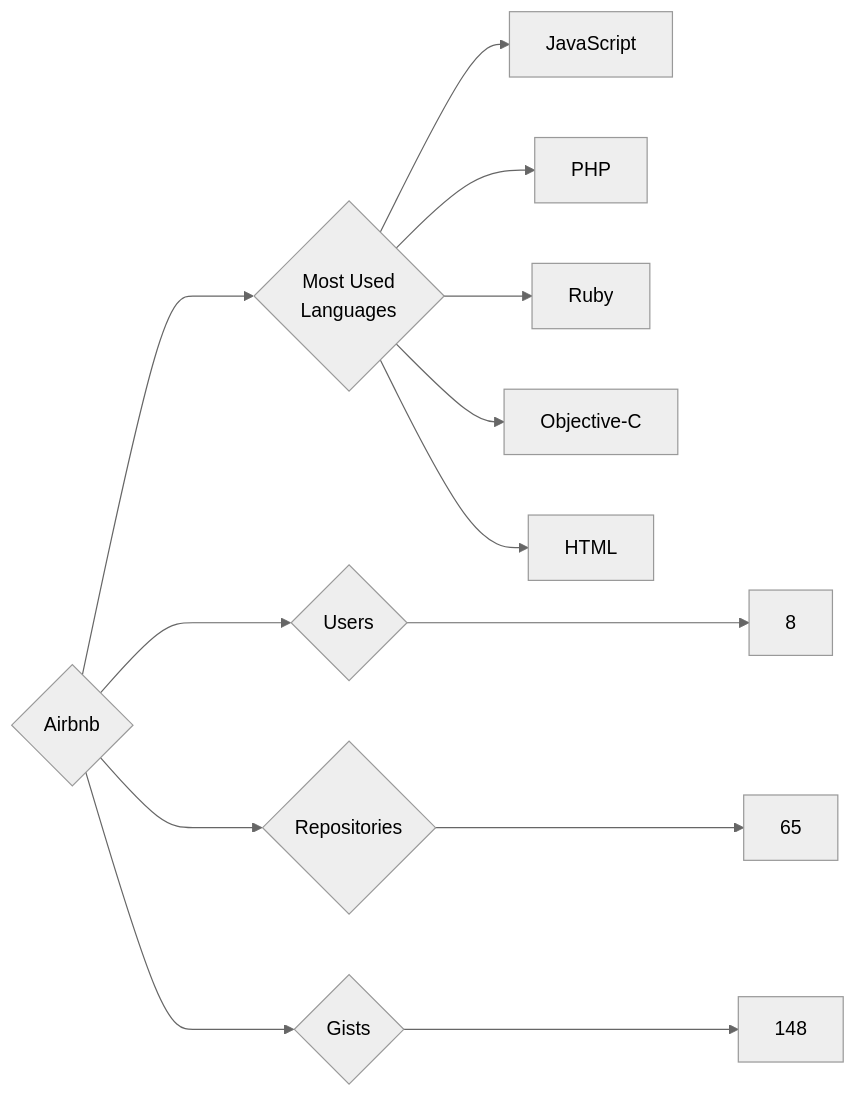
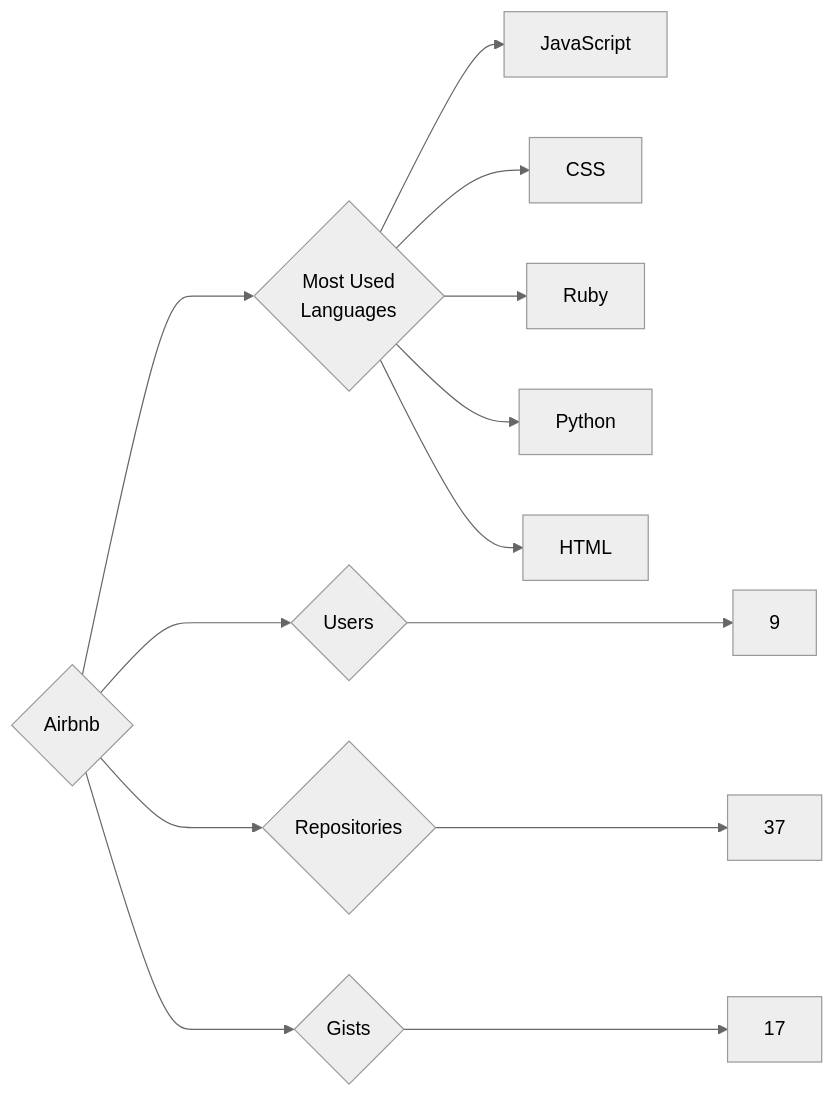
One commit to trickest/insiders changed the diagram in targets/Airbnb/README.md. Above: the diagram before and after it, drawn with Mermaid (neutral theme). The commit also changed 1170 other files, not shown here.

````diff
--- a/targets/Airbnb/README.md
+++ b/targets/Airbnb/README.md
@@ -3,13 +3,13 @@
 ```mermaid
 graph LR
 COMPANY_NAME{Airbnb}
-COMPANY_NAME ---> U{Users} ---> UN[8]
-COMPANY_NAME ---> R{Repositories} ---> RN[65]
-COMPANY_NAME ---> G{Gists} ---> GN[148]
+COMPANY_NAME ---> U{Users} ---> UN[9]
+COMPANY_NAME ---> R{Repositories} ---> RN[37]
+COMPANY_NAME ---> G{Gists} ---> GN[17]
 COMPANY_NAME ---> ML{Most Used<br>Languages}
 ML --> JavaScript[JavaScript]
-ML --> PHP[PHP]
+ML --> CSS[CSS]
 ML --> Ruby[Ruby]
-ML --> Objective-C[Objective-C]
+ML --> Python[Python]
 ML --> HTML[HTML]
 ```
````
